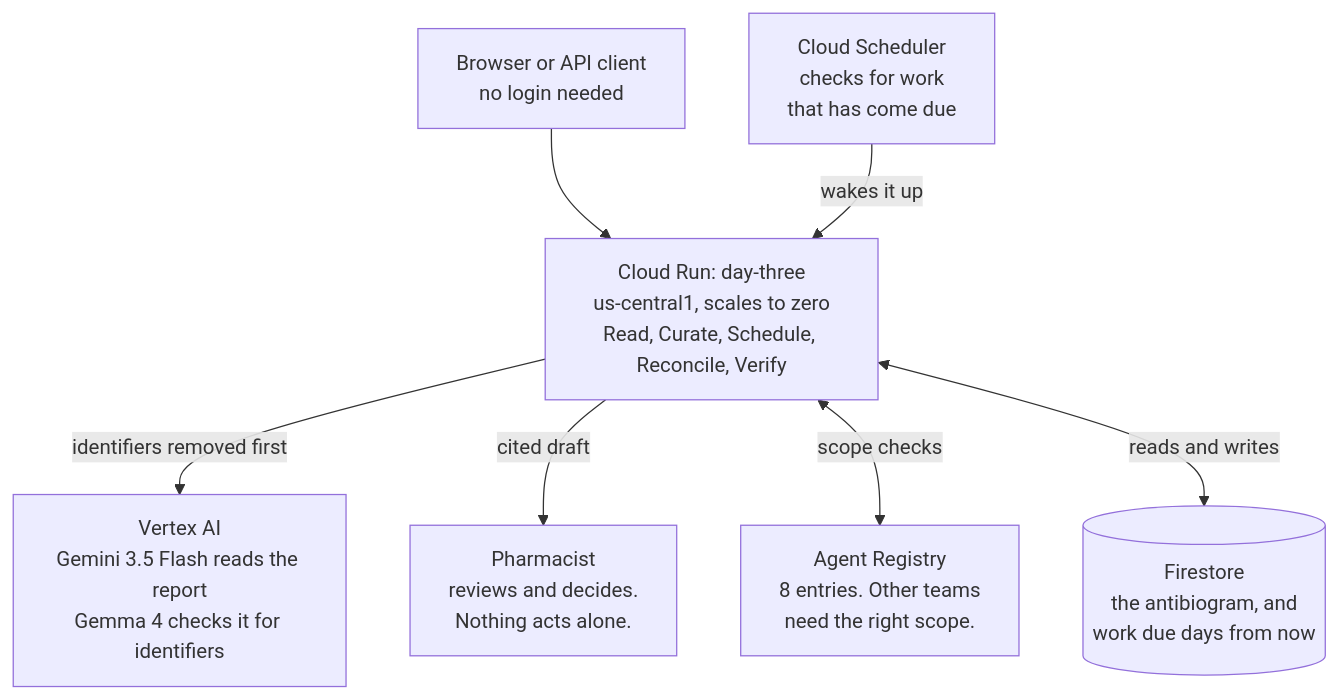
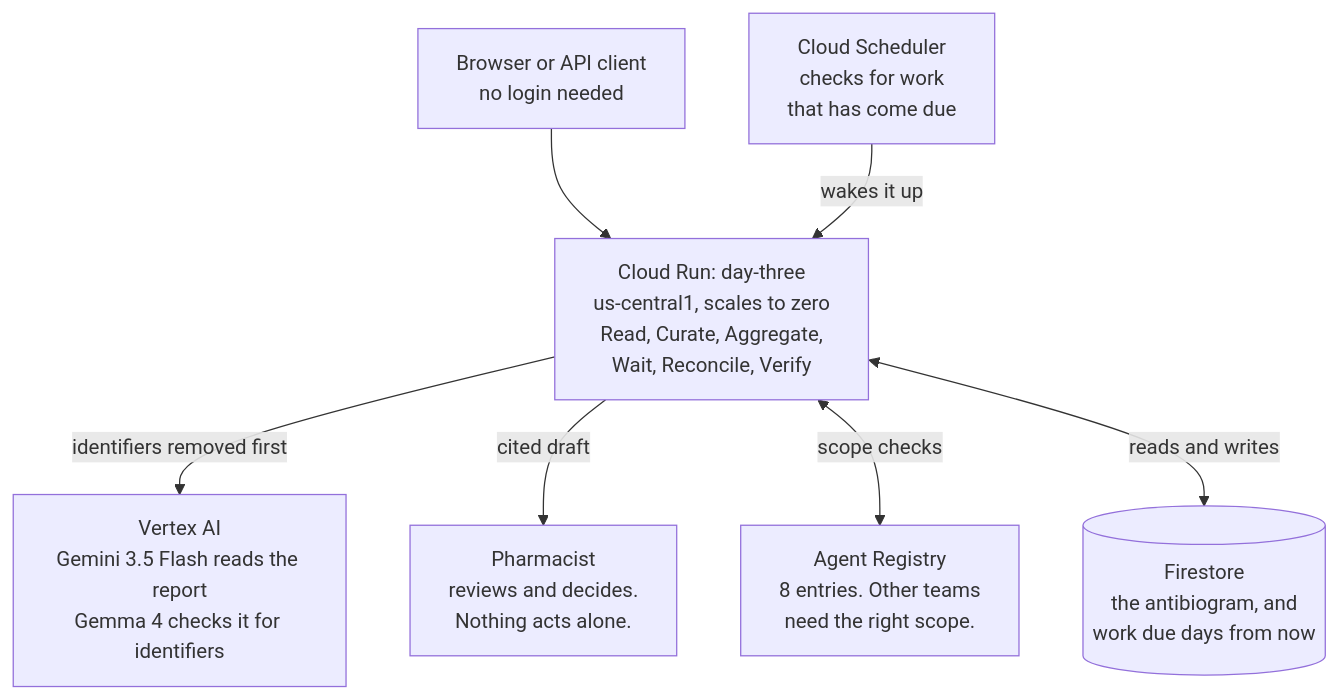
The diagram in docs/architecture.mmd (usv240/day-three), drawn with Mermaid before and after one commit. The commit also changed 5 other files, not shown here.

First line of the commit message:
Make the three architecture diagrams say the same thing

```diff
--- a/docs/architecture.mmd
+++ b/docs/architecture.mmd
@@ -1,17 +1,17 @@
 %% Day Three, as built. One service, one database, one scheduler.
 %% Kept deliberately small: this is the submission diagram, not an inventory.
 flowchart TB
     B["Browser or API client<br/>no login needed"]
     V["Vertex AI<br/>Gemini 3.5 Flash reads the report<br/>Gemma 4 checks it for identifiers"]
-    CR["Cloud Run: day-three<br/>us-central1, scales to zero<br/>Read, Curate, Schedule, Reconcile, Verify"]
+    CR["Cloud Run: day-three<br/>us-central1, scales to zero<br/>Read, Curate, Aggregate,<br/>Wait, Reconcile, Verify"]
     PH["Pharmacist<br/>reviews and decides.<br/>Nothing acts alone."]
     AR["Agent Registry<br/>8 entries. Other teams<br/>need the right scope."]
     FS[("Firestore<br/>the antibiogram, and<br/>work due days from now")]
     SCH["Cloud Scheduler<br/>checks for work<br/>that has come due"]
 
     B --> CR
     CR -->|"identifiers removed first"| V
     CR -->|"cited draft"| PH
     CR <-->|"scope checks"| AR
     CR <-->|"reads and writes"| FS
     SCH -->|"wakes it up"| CR
```
